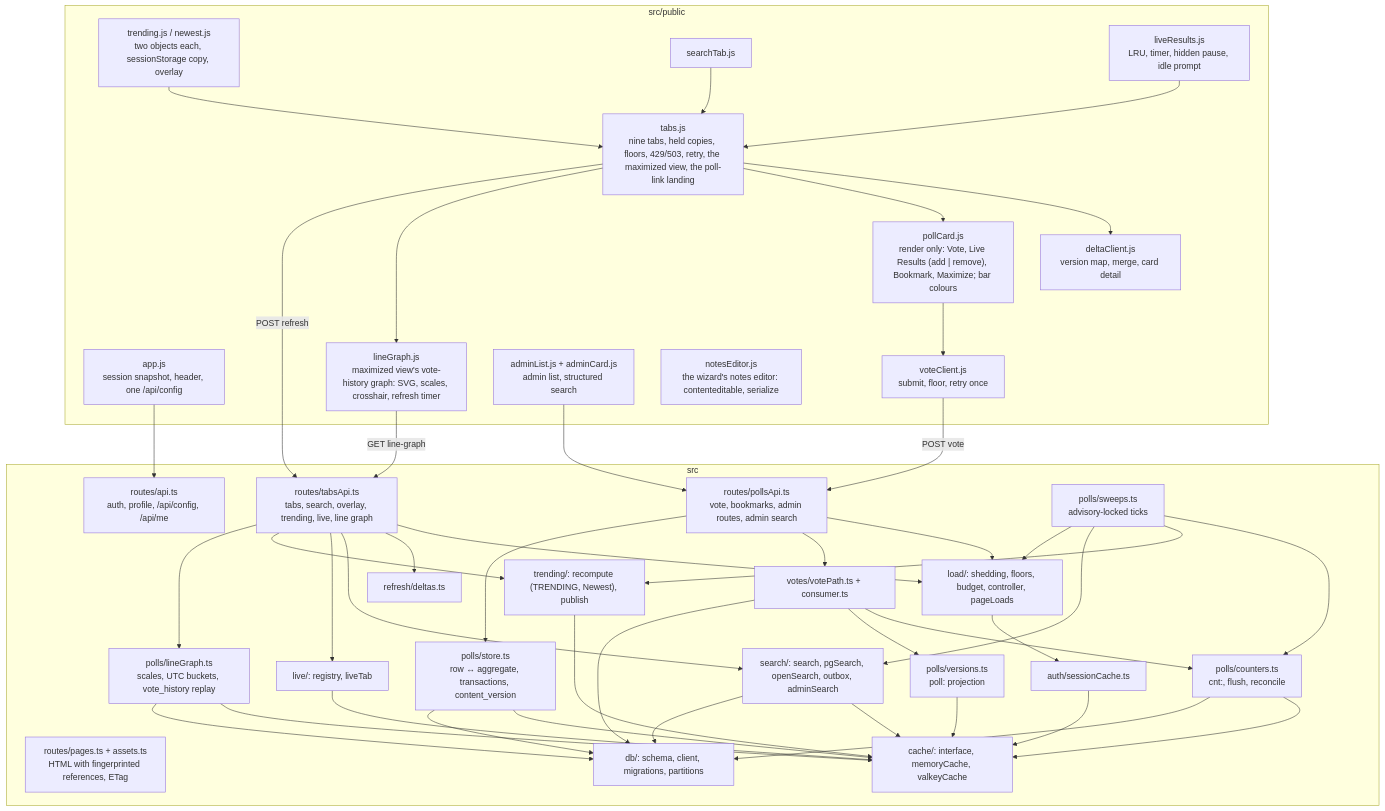
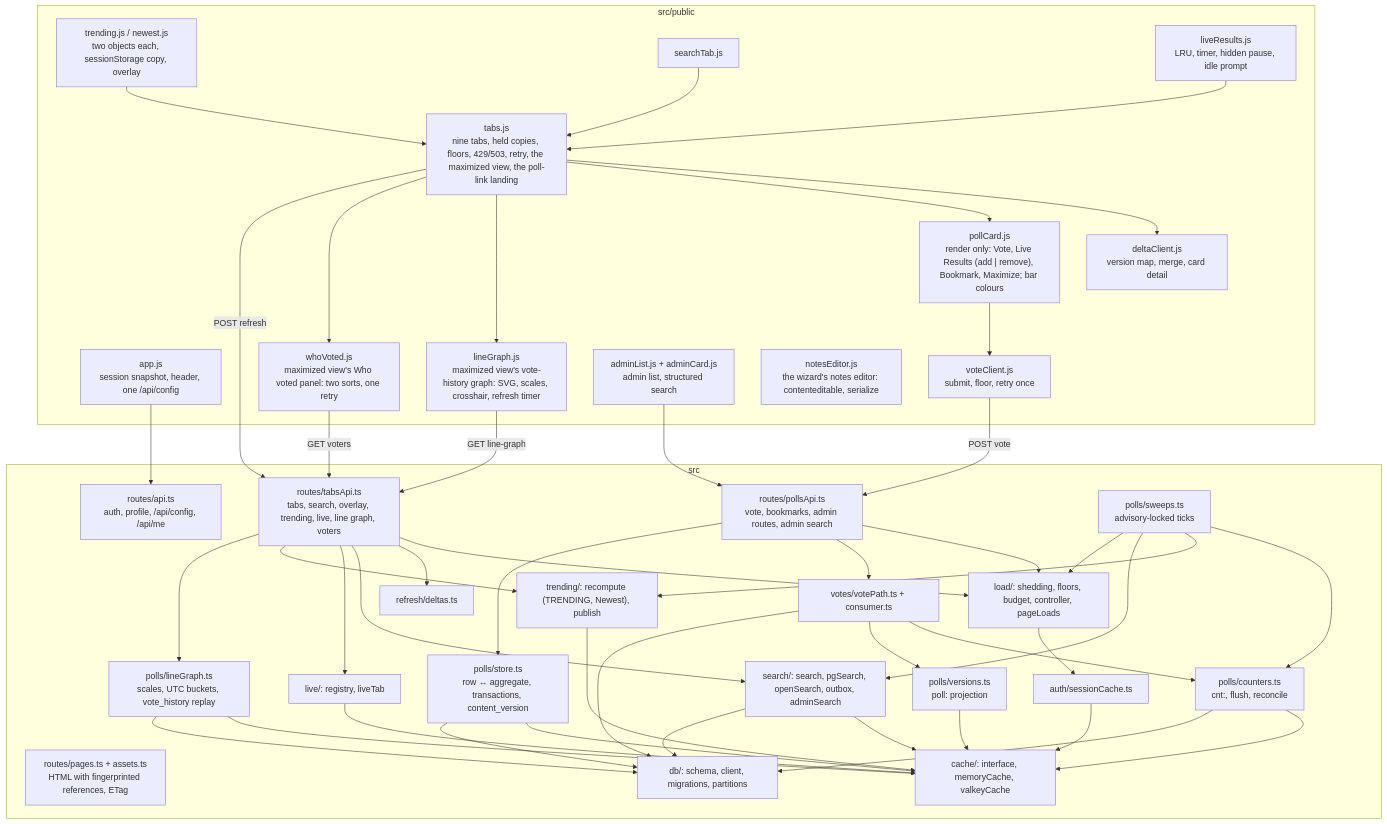
Before and after one commit to roadraceresults/crowdpoll: the third of 18 diagrams in ARCHITECTURE.md, drawn with Mermaid. The commit also changed other lines of this file and 41 other files, not shown here.

First line of the commit message:
Who voted panel on maximized private non-anonymous polls; test-poll script

````diff
--- a/ARCHITECTURE.md
+++ b/ARCHITECTURE.md
@@ -83,53 +83,55 @@
 ```mermaid
 flowchart TB
   subgraph Client["src/public"]
     App["app.js<br/>session snapshot, header, one /api/config"]
     Tabs["tabs.js<br/>nine tabs, held copies, floors, 429/503, retry, the maximized view, the poll-link landing"]
     Trending["trending.js / newest.js<br/>two objects each, sessionStorage copy, overlay"]
     SearchTab["searchTab.js"]
     Live["liveResults.js<br/>LRU, timer, hidden pause, idle prompt"]
     Delta["deltaClient.js<br/>version map, merge, card detail"]
     Vote["voteClient.js<br/>submit, floor, retry once"]
     Card["pollCard.js<br/>render only: Vote, Live Results (add | remove), Bookmark, Maximize; bar colours"]
     Graph["lineGraph.js<br/>maximized view's vote-history graph: SVG, scales, crosshair, refresh timer"]
+    Voters["whoVoted.js<br/>maximized view's Who voted panel: two sorts, one retry"]
     Admin["adminList.js + adminCard.js<br/>admin list, structured search"]
     Notes["notesEditor.js<br/>the wizard's notes editor: contenteditable, serialize"]
   end
 
   subgraph Server["src"]
     Pipeline["load/: shedding, floors, budget, controller, pageLoads"]
-    TabsApi["routes/tabsApi.ts<br/>tabs, search, overlay, trending, live, line graph"]
+    TabsApi["routes/tabsApi.ts<br/>tabs, search, overlay, trending, live, line graph, voters"]
     LineGraph["polls/lineGraph.ts<br/>scales, UTC buckets, vote_history replay"]
     PollsApi["routes/pollsApi.ts<br/>vote, bookmarks, admin routes, admin search"]
     Api["routes/api.ts<br/>auth, profile, /api/config, /api/me"]
     Pages["routes/pages.ts + assets.ts<br/>HTML with fingerprinted references, ETag"]
     Sessions["auth/sessionCache.ts"]
     Store["polls/store.ts<br/>row ↔ aggregate, transactions, content_version"]
     Counters["polls/counters.ts<br/>cnt:<pid>, flush, reconcile"]
     Versions["polls/versions.ts<br/>poll:<pid> projection"]
     Deltas["refresh/deltas.ts"]
     VotePath["votes/votePath.ts + consumer.ts"]
     Search["search/: search, pgSearch, openSearch, outbox, adminSearch"]
     TrendingS["trending/: recompute (TRENDING, Newest), publish"]
     LiveS["live/: registry, liveTab"]
     Sweeps["polls/sweeps.ts<br/>advisory-locked ticks"]
     Cache["cache/: interface, memoryCache, valkeyCache"]
     Db["db/: schema, client, migrations, partitions"]
   end
 
-  Tabs --> Delta & Card & Graph
+  Tabs --> Delta & Card & Graph & Voters
   Graph -- "GET line-graph" --> TabsApi
+  Voters -- "GET voters" --> TabsApi
   Trending & SearchTab & Live --> Tabs
   Card --> Vote
   Tabs -- "POST refresh" --> TabsApi
   Vote -- "POST vote" --> PollsApi
   Admin --> PollsApi
   App --> Api
   TabsApi & PollsApi --> Pipeline --> Sessions
   TabsApi --> Deltas & Search & LiveS & TrendingS & LineGraph
   PollsApi --> VotePath & Store
   VotePath --> Counters & Versions
   Sweeps --> Counters & TrendingS & Search & Pipeline
   Store & Counters & Versions & Search & LiveS & TrendingS & Sessions & LineGraph --> Cache
   Store & Counters & Search & VotePath & LineGraph --> Db
 ```
````
